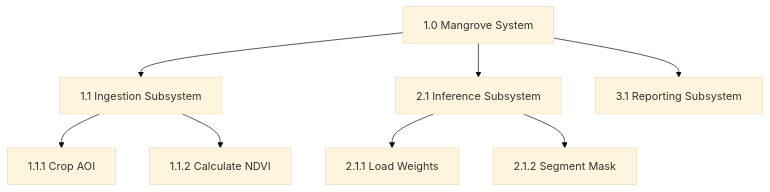
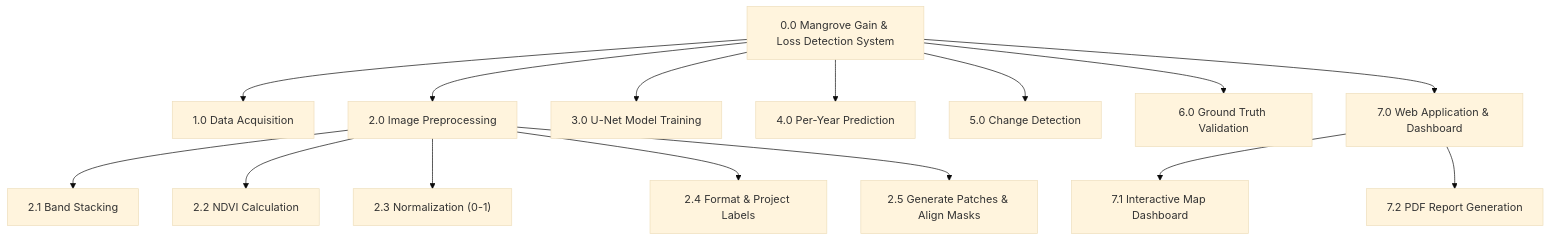
The diagram in CHART AND GRAPHS/03_HIPO Diagram/Hierarchy_Chart.md (Nashii02/Quality-Aware-Signature-Verification-for-Scholarship-Documents-Using-Siamese-Networks), drawn with Mermaid (base theme) before and after one commit.

Commit message:
Update hierarchy chart for Mangrove System

````diff
--- a/CHART AND GRAPHS/03_HIPO Diagram/Hierarchy_Chart.md
+++ b/CHART AND GRAPHS/03_HIPO Diagram/Hierarchy_Chart.md
@@ -1,14 +1,24 @@
 ```mermaid
 flowchart TD
-    Root["1.0 Mangrove System"]
-    
-    Root --> Module1["1.1 Ingestion Subsystem"]
-    Root --> Module2["2.1 Inference Subsystem"]
-    Root --> Module3["3.1 Reporting Subsystem"]
-    
-    Module1 --> Child1["1.1.1 Crop AOI"]
-    Module1 --> Child2["1.1.2 Calculate NDVI"]
-    
-    Module2 --> Child3["2.1.1 Load Weights"]
-    Module2 --> Child4["2.1.2 Segment Mask"]
+    ROOT["0.0 Mangrove Gain & Loss Detection System"]
+
+    %% Level 1 Modules
+    ROOT --> M1["1.0 Data Acquisition"]
+    ROOT --> M2["2.0 Image Preprocessing"]
+    ROOT --> M3["3.0 U-Net Model Training"]
+    ROOT --> M4["4.0 Per-Year Prediction"]
+    ROOT --> M5["5.0 Change Detection"]
+    ROOT --> M6["6.0 Ground Truth Validation"]
+    ROOT --> M7["7.0 Web Application & Dashboard"]
+
+    %% Level 2 Sub-modules for Preprocessing (Module 2.0)
+    M2 --> M21["2.1 Band Stacking"]
+    M2 --> M22["2.2 NDVI Calculation"]
+    M2 --> M23["2.3 Normalization (0-1)"]
+    M2 --> M24["2.4 Format & Project Labels"]
+    M2 --> M25["2.5 Generate Patches & Align Masks"]
+
+    %% Level 2 Sub-modules for Web Application (Module 7.0)
+    M7 --> M71["7.1 Interactive Map Dashboard"]
+    M7 --> M72["7.2 PDF Report Generation"]
 ```
````
